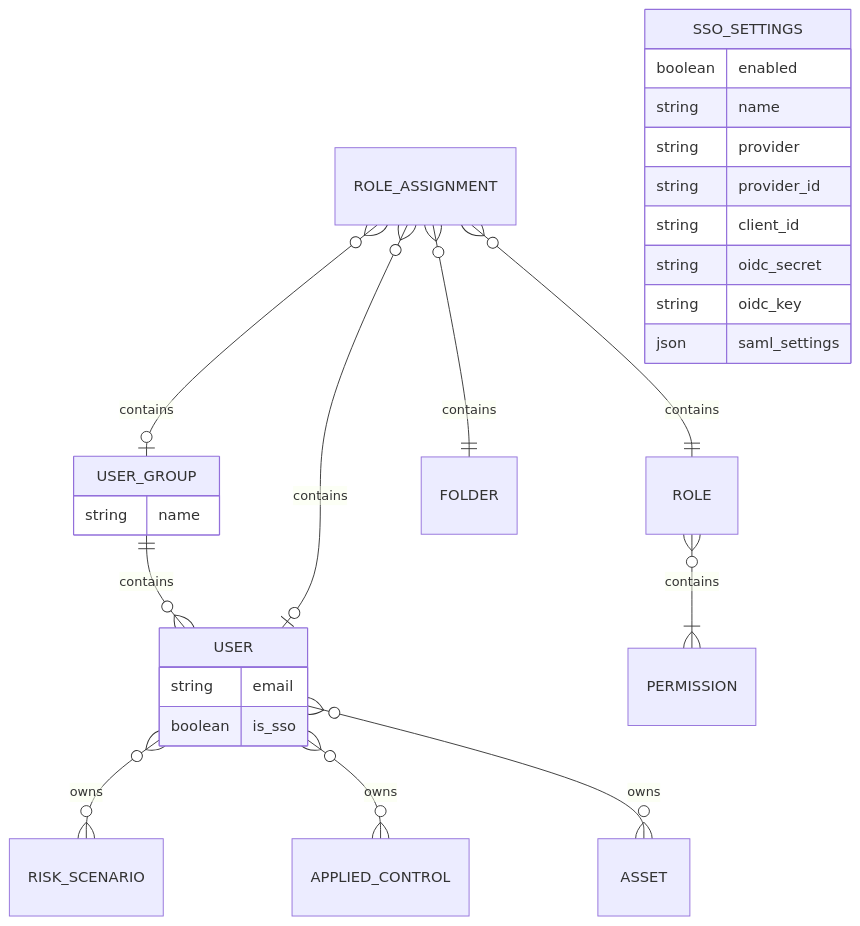
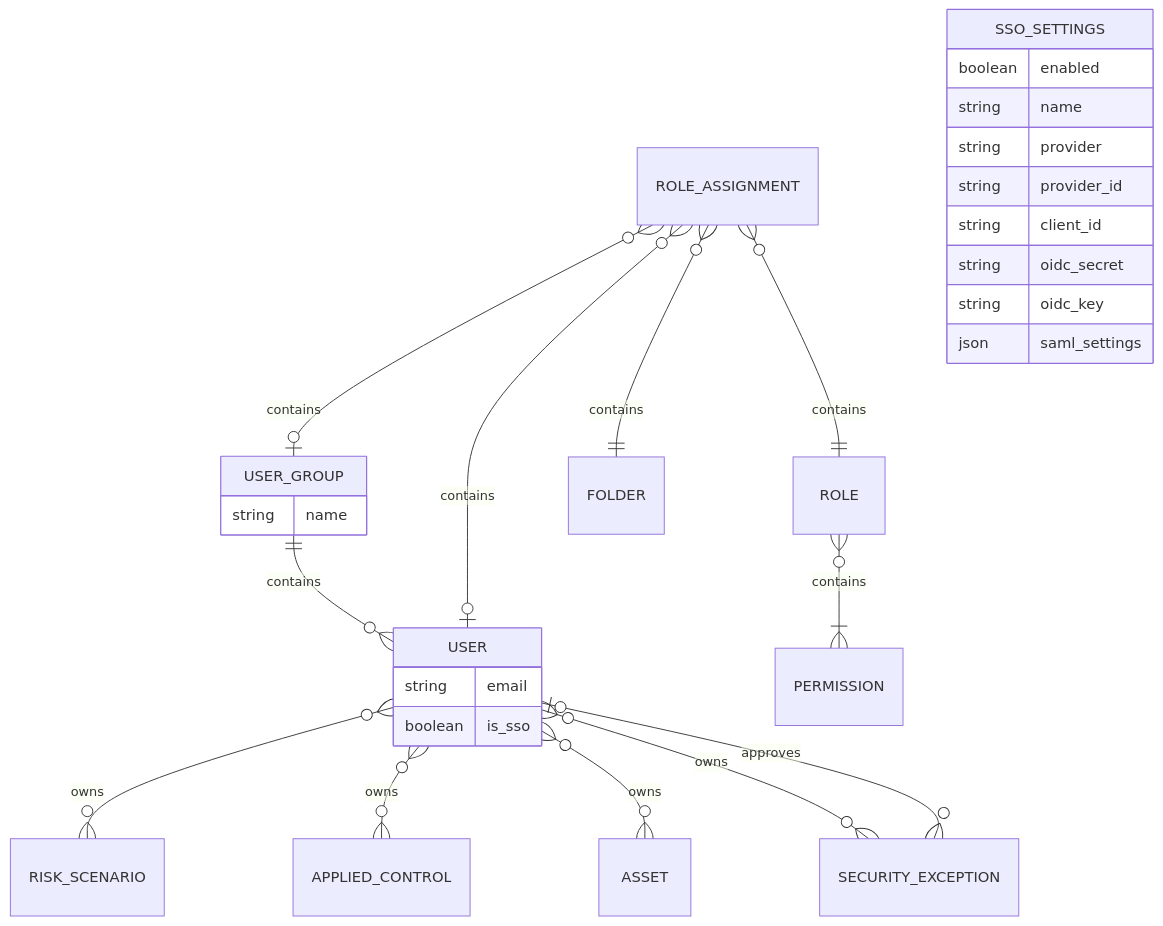
Before and after one commit to intuitem/ciso-assistant-community: the first of 13 diagrams in documentation/architecture/data-model.md, drawn with Mermaid. The commit also changed other lines of this file, not shown here.

````diff
--- a/documentation/architecture/data-model.md
+++ b/documentation/architecture/data-model.md
@@ -7,35 +7,37 @@
 ```mermaid
 erDiagram
 
-    USER }o--o{ RISK_SCENARIO  : owns
-    USER }o--o{ APPLIED_CONTROL: owns
-    USER }o--o{ ASSET          : owns
+    USER }o--o{ RISK_SCENARIO : owns
+    USER }o--o{ APPLIED_CONTROL : owns
+    USER }o--o{ ASSET : owns
+    USER }o--o{ SECURITY_EXCEPTION : owns
+    USER |o--o{ SECURITY_EXCEPTION : approves
 
     USER_GROUP      ||--o{ USER      : contains
     ROLE            }o--|{ PERMISSION: contains
     ROLE_ASSIGNMENT }o--o| USER_GROUP: contains
     ROLE_ASSIGNMENT }o--o| USER      : contains
     ROLE_ASSIGNMENT }o--|| FOLDER    : contains
     ROLE_ASSIGNMENT }o--|| ROLE      : contains
 
     USER {
         string  email
         boolean is_sso
     }
 
     USER_GROUP {
         string name
     }
 
     SSO_SETTINGS {
         boolean enabled
         string  name
         string  provider
         string  provider_id
         string  client_id
         string  oidc_secret
         string  oidc_key
         json    saml_settings
     }
 
 ```
````
